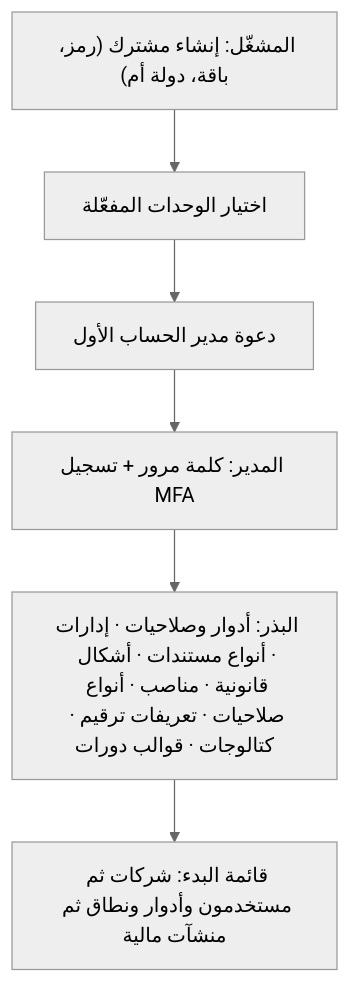
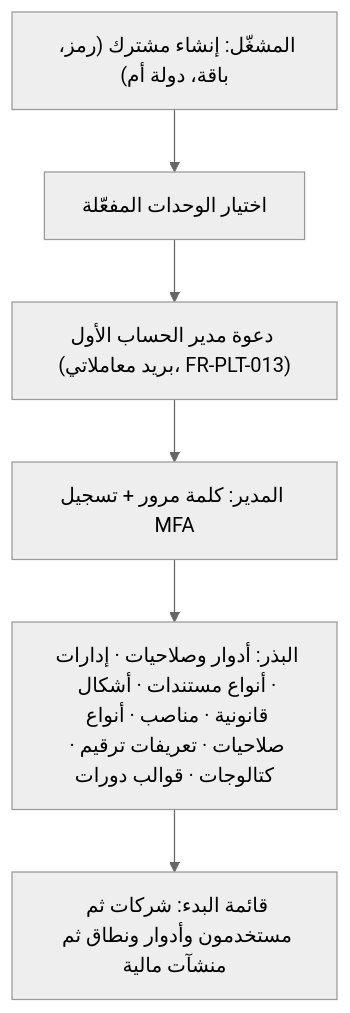
The second of 6 diagrams in treasury-platform/docs/10-detailed-analysis/10-m0-m1-platform-organization.md (thawrasy/smartlines), drawn with Mermaid (neutral theme) before and after one commit. The commit also changed other lines of this file and 7 other files, not shown here.

````diff
--- a/treasury-platform/docs/10-detailed-analysis/10-m0-m1-platform-organization.md
+++ b/treasury-platform/docs/10-detailed-analysis/10-m0-m1-platform-organization.md
@@ -399,8 +404,8 @@
 ```mermaid
 flowchart TD
   A["المشغّل: إنشاء مشترك (رمز، باقة، دولة أم)"] --> B["اختيار الوحدات المفعّلة"]
-  B --> C["دعوة مدير الحساب الأول"]
+  B --> C["دعوة مدير الحساب الأول (بريد معاملاتي، FR-PLT-013)"]
   C --> D["المدير: كلمة مرور + تسجيل MFA"]
   D --> E["البذر: أدوار وصلاحيات · إدارات · أنواع مستندات · أشكال قانونية · مناصب · أنواع صلاحيات · تعريفات ترقيم · كتالوجات · قوالب دورات"]
   E --> F["قائمة البدء: شركات ثم مستخدمون وأدوار ونطاق ثم منشآت مالية"]
 ```
````
